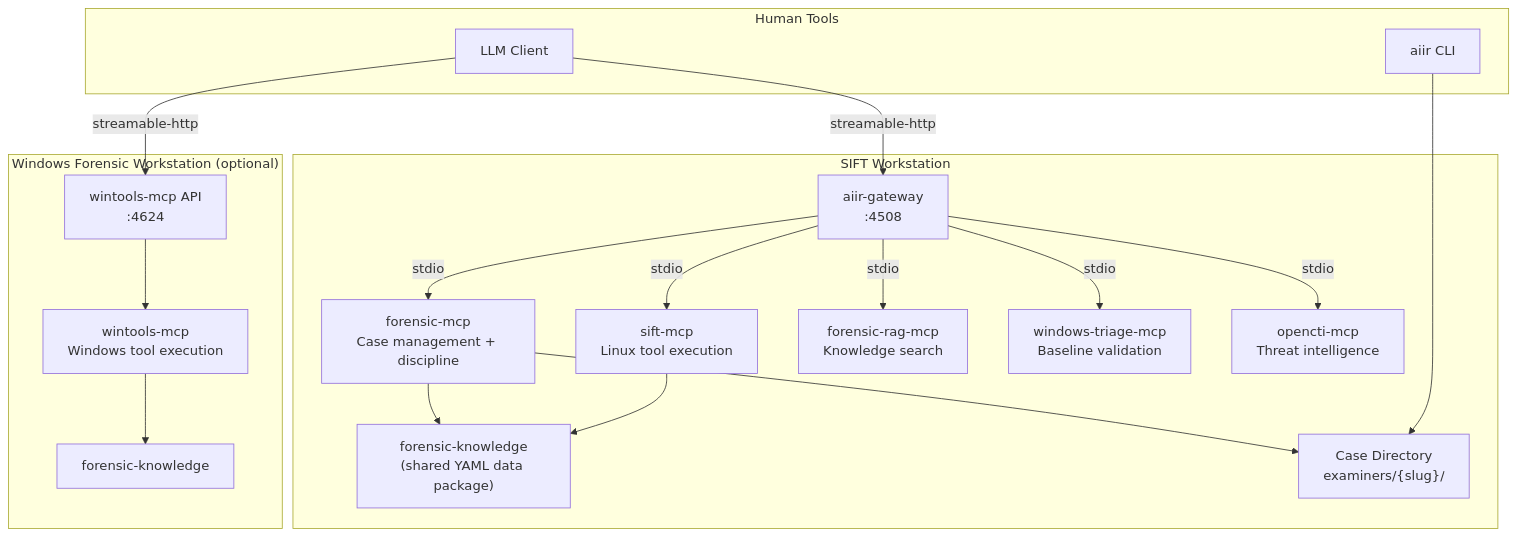
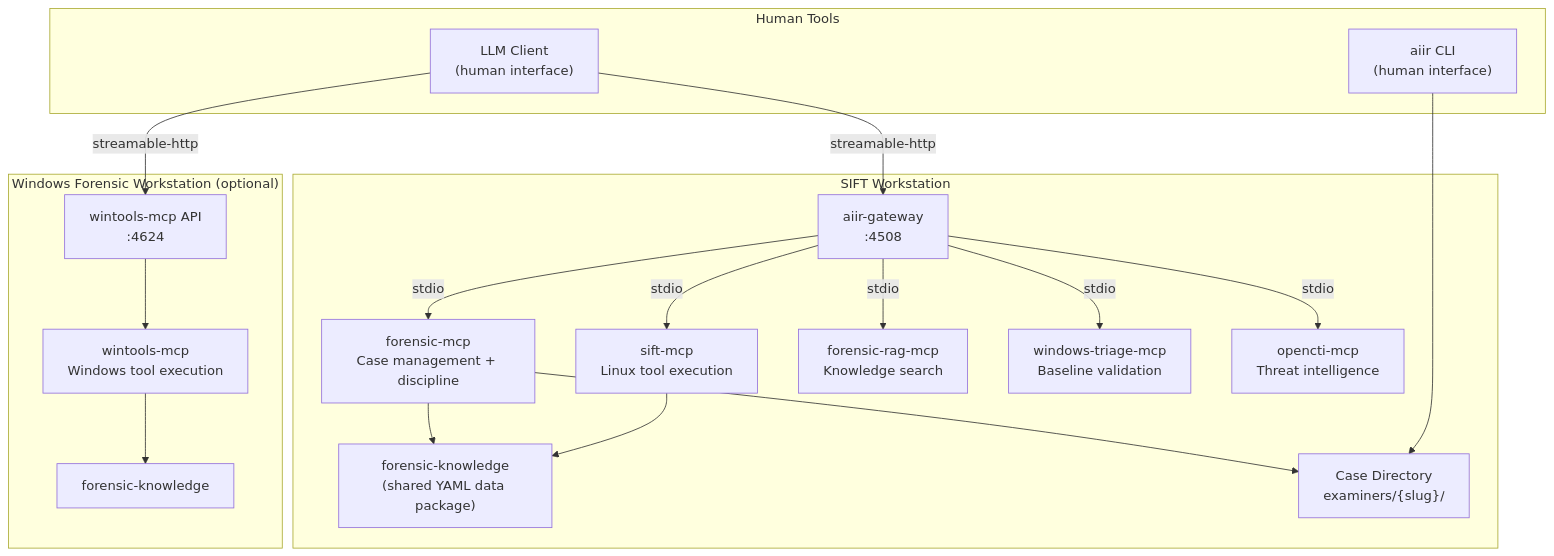
Before and after one commit to AppliedIR/aiir: the first of 5 diagrams in README.md, drawn with Mermaid. The commit also changed other lines of this file, not shown here.

Commit message:
add (human interface) labels, consistent diagram patterns across all topologies

````diff
--- a/README.md
+++ b/README.md
@@ -11,39 +11,39 @@
 ```mermaid
 graph TB
     subgraph human ["Human Tools"]
-        CC["LLM Client"]
-        CLI["aiir CLI"]
+        CC["LLM Client<br/>(human interface)"]
+        CLI["aiir CLI<br/>(human interface)"]
     end
 
     subgraph sift ["SIFT Workstation"]
         GW["aiir-gateway<br/>:4508"]
         FM["forensic-mcp<br/>Case management + discipline"]
         SM["sift-mcp<br/>Linux tool execution"]
         FR["forensic-rag-mcp<br/>Knowledge search"]
         WTR["windows-triage-mcp<br/>Baseline validation"]
         OC["opencti-mcp<br/>Threat intelligence"]
         FK["forensic-knowledge<br/>(shared YAML data package)"]
         CASE["Case Directory<br/>examiners/{slug}/"]
 
         GW -->|stdio| FM
         GW -->|stdio| SM
         GW -->|stdio| FR
         GW -->|stdio| WTR
         GW -->|stdio| OC
         FM --> FK
         SM --> FK
         FM --> CASE
     end
 
     subgraph winbox ["Windows Forensic Workstation (optional)"]
         WAPI["wintools-mcp API<br/>:4624"]
         WM["wintools-mcp<br/>Windows tool execution"]
         FK2["forensic-knowledge"]
         WAPI --> WM
         WM --> FK2
     end
 
     CC -->|"streamable-http"| GW
     CC -->|"streamable-http"| WAPI
     CLI --> CASE
 ```
````
